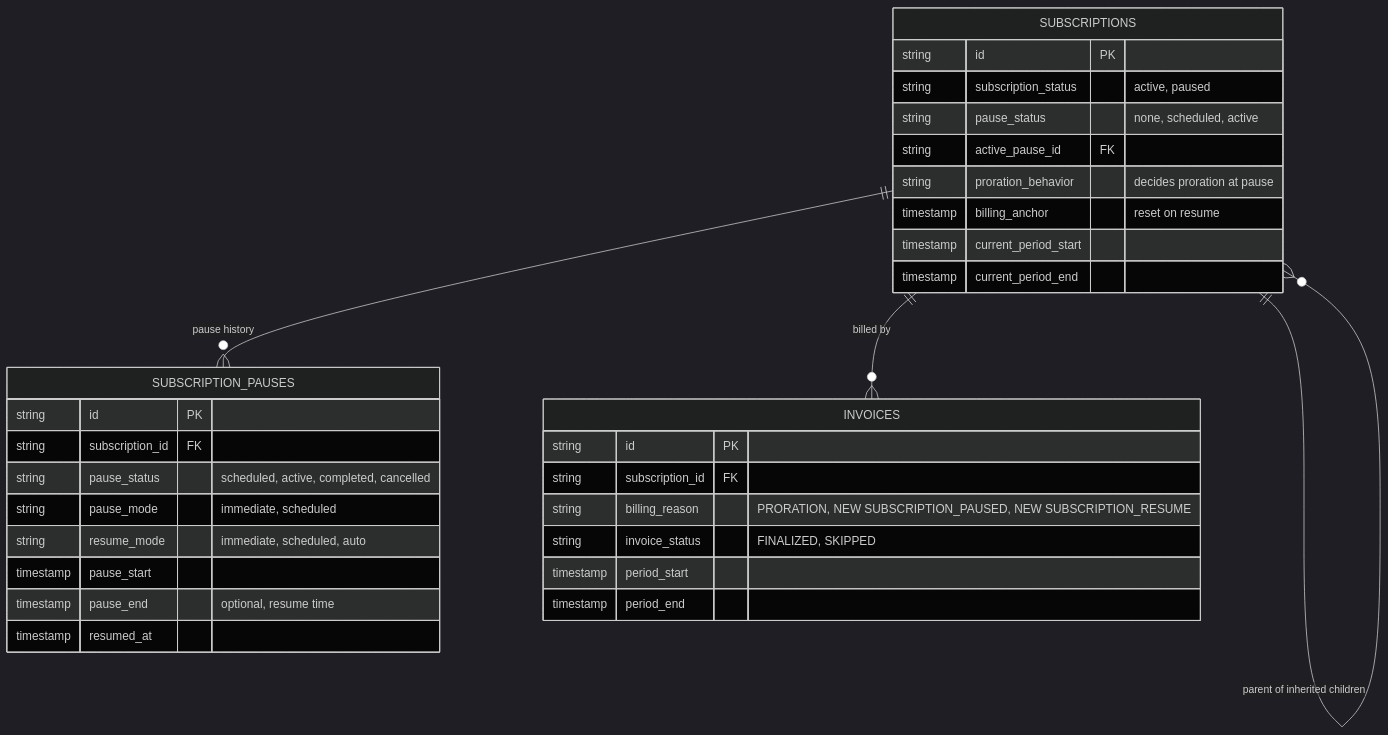
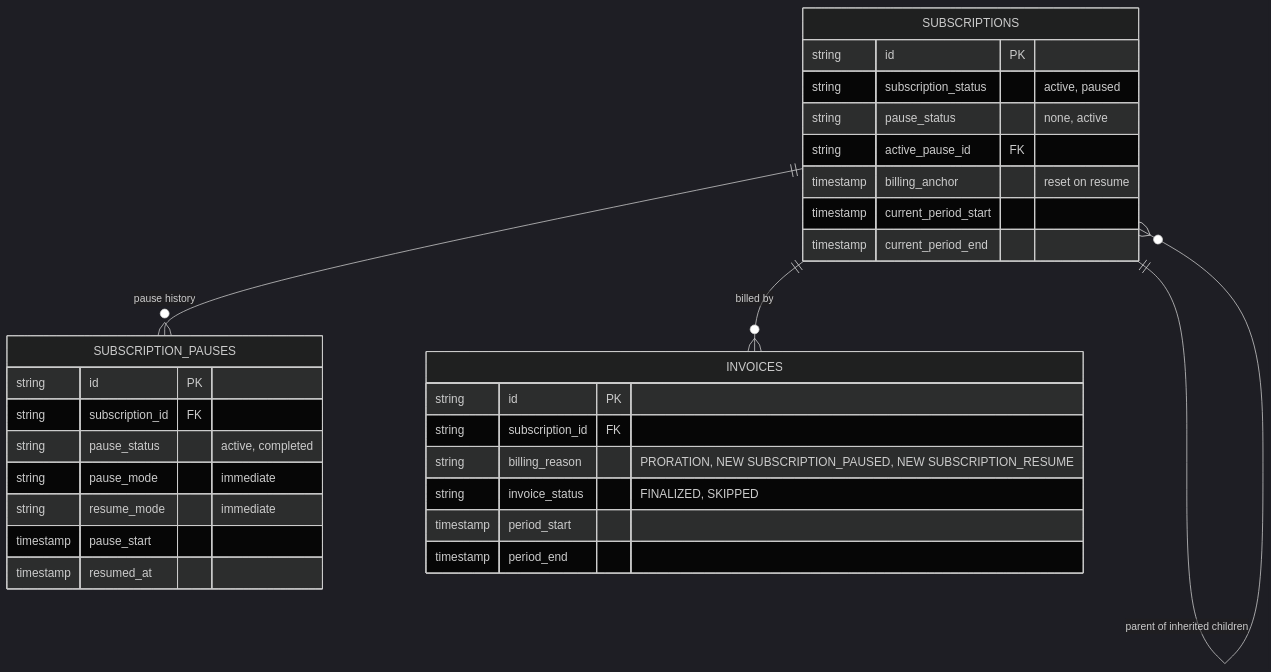
Before and after one commit to subratsahilgupta/flexprice: the first of 2 diagrams in docs/design/2026-10-14-FLE-1555-pause-subscription-erd.md, drawn with Mermaid (dark theme). The commit also changed other lines of this file, not shown here.

````diff
--- a/docs/design/2026-10-14-FLE-1555-pause-subscription-erd.md
+++ b/docs/design/2026-10-14-FLE-1555-pause-subscription-erd.md
@@ -194,35 +184,33 @@
 ```mermaid
 erDiagram
     SUBSCRIPTIONS ||--o{ SUBSCRIPTION_PAUSES : "pause history"
     SUBSCRIPTIONS ||--o{ INVOICES : "billed by"
     SUBSCRIPTIONS ||--o{ SUBSCRIPTIONS : "parent of inherited children"
 
     SUBSCRIPTIONS {
         string id PK
         string subscription_status "active, paused"
-        string pause_status "none, scheduled, active"
+        string pause_status "none, active"
         string active_pause_id FK
-        string proration_behavior "decides proration at pause"
         timestamp billing_anchor "reset on resume"
         timestamp current_period_start
         timestamp current_period_end
     }
     SUBSCRIPTION_PAUSES {
         string id PK
         string subscription_id FK
-        string pause_status "scheduled, active, completed, cancelled"
-        string pause_mode "immediate, scheduled"
-        string resume_mode "immediate, scheduled, auto"
+        string pause_status "active, completed"
+        string pause_mode "immediate"
+        string resume_mode "immediate"
         timestamp pause_start
-        timestamp pause_end "optional, resume time"
         timestamp resumed_at
     }
     INVOICES {
         string id PK
         string subscription_id FK
         string billing_reason "PRORATION, NEW SUBSCRIPTION_PAUSED, NEW SUBSCRIPTION_RESUME"
         string invoice_status "FINALIZED, SKIPPED"
         timestamp period_start
         timestamp period_end
     }
 ```
````
